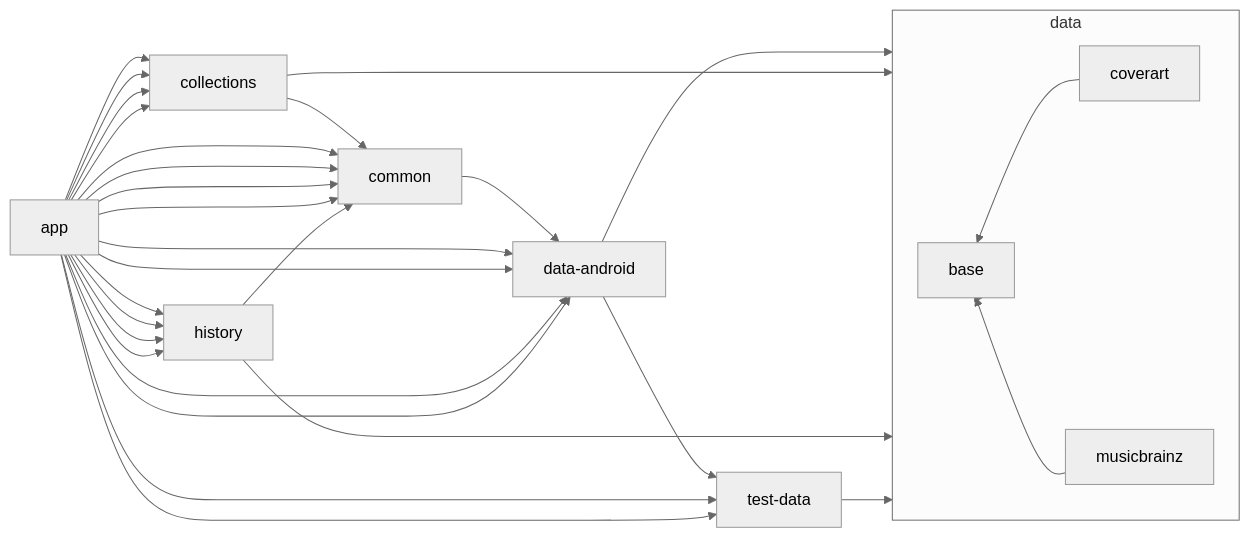
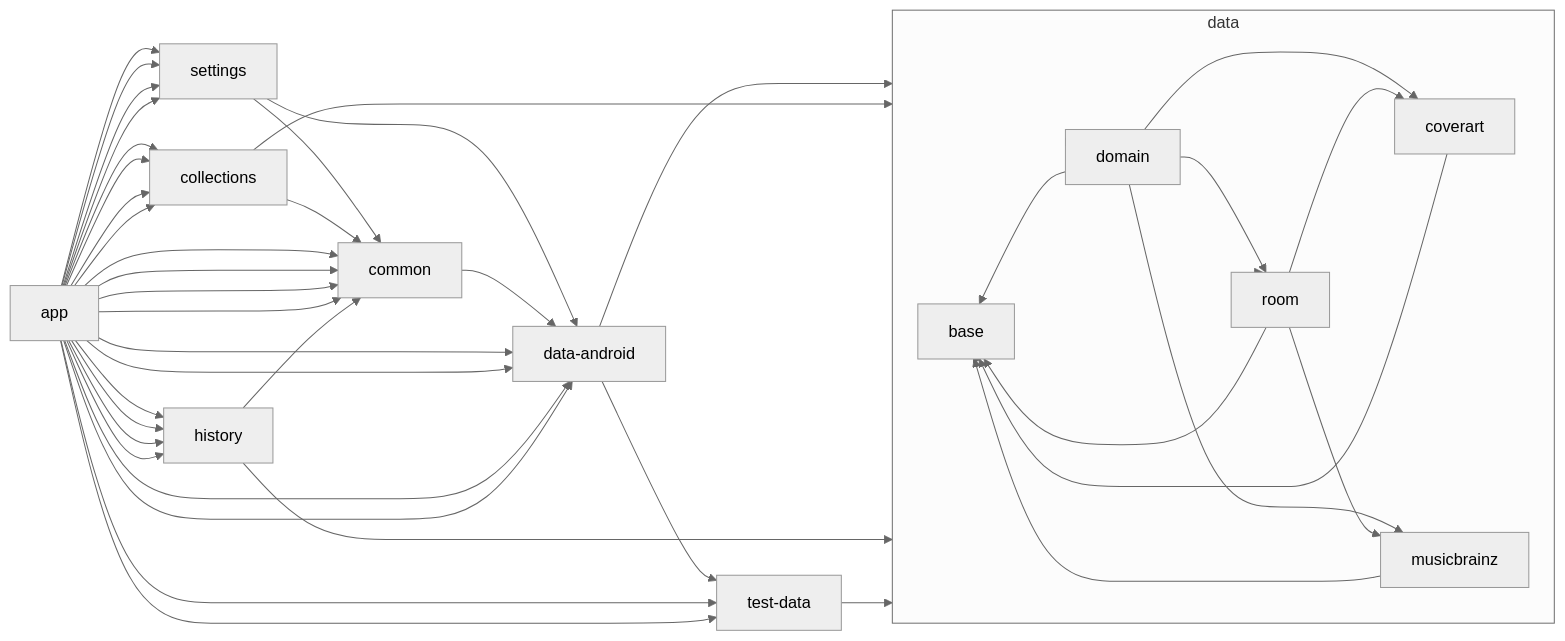
The diagram in README.md (lydavid/MusicSearch), drawn with Mermaid before and after one commit.

Commit message:
chore: update module graph [skip ci]

````diff
--- a/README.md
+++ b/README.md
@@ -43,48 +43,65 @@
 ```mermaid
 %%{
   init: {
     'theme': 'neutral'
   }
 }%%
 
 graph LR
 
   subgraph data
     base
     coverart
+    domain
     musicbrainz
+    room
   end
 
+  domain --> base
+  domain --> coverart
+  domain --> musicbrainz
+  domain --> room
+  room --> base
+  room --> coverart
+  room --> musicbrainz
   musicbrainz --> base
   data --> base
   data --> coverart
+  data --> domain
+  data --> room
   data --> musicbrainz
+  settings --> data-android
+  settings --> common
   data-android --> data
   data-android --> test-data
   collections --> data
   collections --> common
   common --> data-android
   app --> test-data
   app --> data-android
+  app --> common
   app --> collections
+  app --> history
+  app --> settings
+  app --> data-android
   app --> common
+  app --> collections
   app --> history
+  app --> settings
   app --> data-android
+  app --> common
   app --> collections
+  app --> history
+  app --> settings
+  app --> data-android
   app --> common
+  app --> collections
   app --> history
-  app --> data-android
-  app --> collections
-  app --> common
-  app --> history
-  app --> data-android
-  app --> collections
-  app --> common
-  app --> history
+  app --> settings
   app --> test-data
   coverart --> base
   history --> data
   history --> common
   test-data --> data
 
 ```
````
